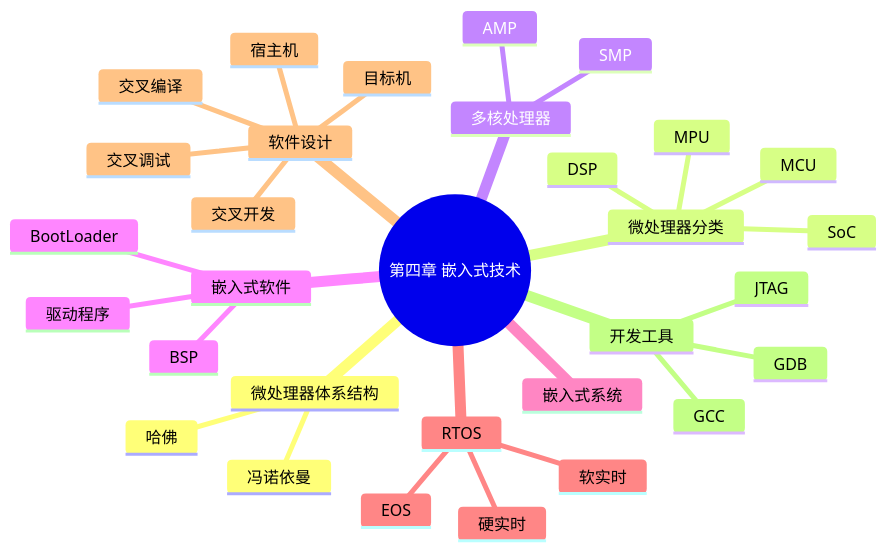
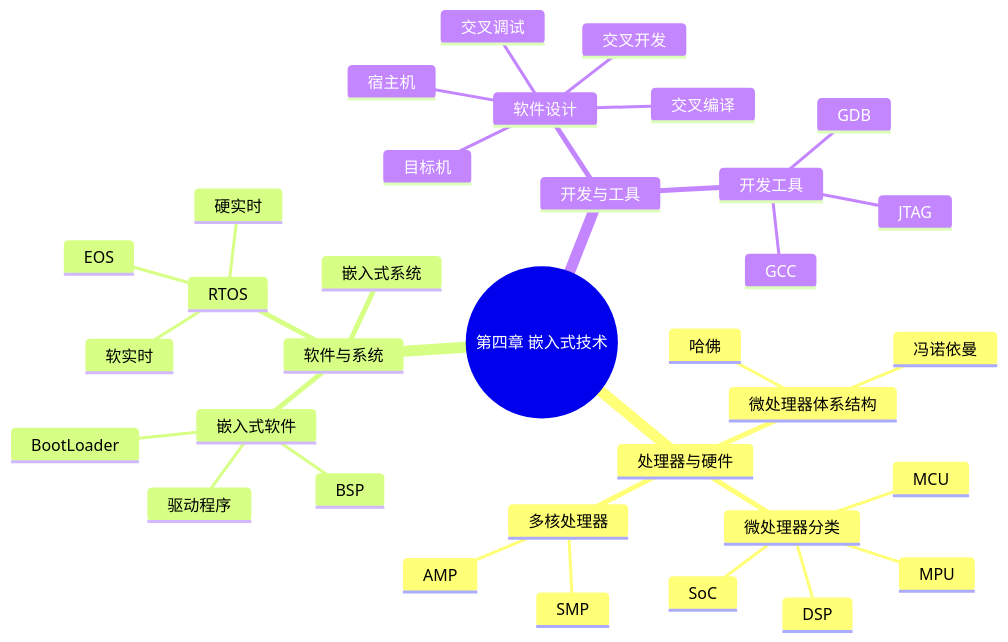
The diagram in docs/ruankao/system-architect/chapters/chapter-04/12-summary.md (skylonely/sgao-website), drawn with Mermaid before and after one commit. The commit also changed 39 other files, not shown here.

Commit message:
fix: Mermaid 思维导图

````diff
--- a/docs/ruankao/system-architect/chapters/chapter-04/12-summary.md
+++ b/docs/ruankao/system-architect/chapters/chapter-04/12-summary.md
@@ -22,34 +22,37 @@
 ```mermaid
 mindmap
   root((第四章 嵌入式技术))
-    微处理器体系结构
-      冯诺依曼
-      哈佛
-    微处理器分类
-      MCU
-      MPU
-      DSP
-      SoC
-    多核处理器
-      SMP
-      AMP
-    嵌入式软件
-      BSP
-      BootLoader
-      驱动程序
-    嵌入式系统
-    RTOS
-      EOS
-      硬实时
-      软实时
-    软件设计
-      交叉开发
-      宿主机
-      目标机
-      交叉编译
-      交叉调试
-    开发工具
-      GCC
-      GDB
-      JTAG
+    处理器与硬件
+      微处理器体系结构
+        冯诺依曼
+        哈佛
+      微处理器分类
+        MCU
+        MPU
+        DSP
+        SoC
+      多核处理器
+        SMP
+        AMP
+    软件与系统
+      嵌入式软件
+        BSP
+        BootLoader
+        驱动程序
+      嵌入式系统
+      RTOS
+        EOS
+        硬实时
+        软实时
+    开发与工具
+      软件设计
+        交叉开发
+        宿主机
+        目标机
+        交叉编译
+        交叉调试
+      开发工具
+        GCC
+        GDB
+        JTAG
 ```
````
